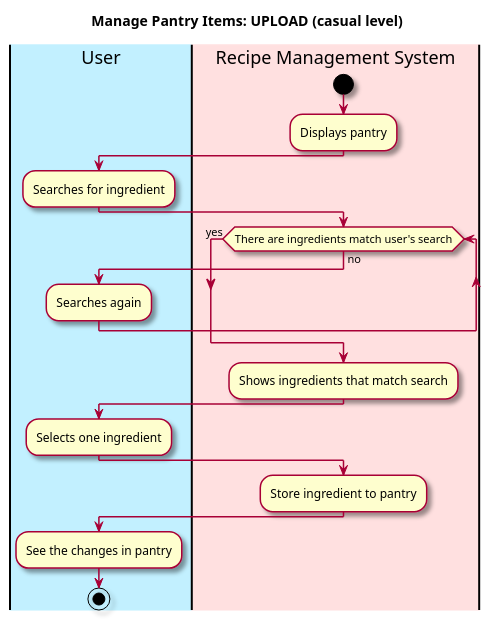
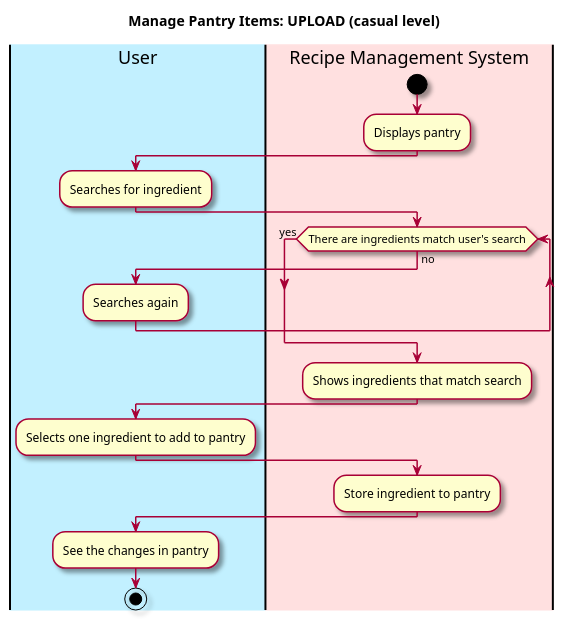
The first of 6 diagrams in intellij/doc/use-cases/manage_pantry.md (berthashipper/Pantry-Pal-Android-Application), drawn with PlantUML before and after one commit. The commit also changed 2 other files, not shown here.

Commit message:
Updated glossary based on feedback

````diff
--- a/intellij/doc/use-cases/manage_pantry.md
+++ b/intellij/doc/use-cases/manage_pantry.md
@@ -27,37 +27,37 @@
 ```plantuml
 @startuml
 
 skin rose
 
 title  Manage Pantry Items: UPLOAD (casual level)
 
 'define the lanes
 |#application|User|
 |#implementation|Recipe Management System|
 
 |Recipe Management System|
 start
 :Displays pantry;
 |User|
 :Searches for ingredient;
 |Recipe Management System|
 while (There are ingredients match user's search) is (no) 
 |User|
 :Searches again;
 endwhile (yes);
 
 |Recipe Management System|
 :Shows ingredients that match search;
 
 |User|
-:Selects one ingredient;
+:Selects one ingredient to add to pantry;
 |Recipe Management System|
 
 :Store ingredient to pantry;
 
 |User|
 :See the changes in pantry;
 
 stop
 @enduml
 ```
````
